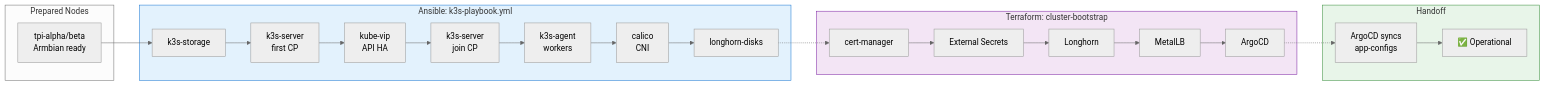
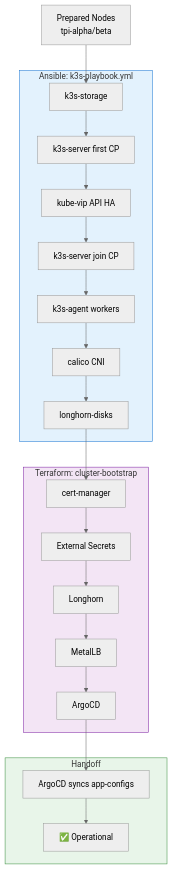
One commit to fzymgc-house/selfhosted-cluster changed the first of 3 diagrams in README.md. Above: the diagram before and after it, drawn with Mermaid (neutral theme).

Commit message:
docs: switch bootstrap diagram to top-down layout
TD layout renders larger and more readable than LR with nested subgraphs.

🤖 Generated with [Claude Code](https://claude.com/claude-code)

````diff
--- a/README.md
+++ b/README.md
@@ -24,35 +24,32 @@
 ```mermaid
-flowchart LR
-    subgraph Nodes["Prepared Nodes"]
-        N[tpi-alpha/beta<br/>Armbian ready]
+flowchart TD
+    N[Prepared Nodes<br/>tpi-alpha/beta] --> A1
+
+    subgraph Ansible["Ansible: k3s-playbook.yml"]
+        A1[k3s-storage] --> A2[k3s-server first CP]
+        A2 --> A3[kube-vip API HA]
+        A3 --> A4[k3s-server join CP]
+        A4 --> A5[k3s-agent workers]
+        A5 --> A6[calico CNI]
+        A6 --> A7[longhorn-disks]
     end
 
-    subgraph Ansible["Ansible: k3s-playbook.yml"]
-        A1[k3s-storage] --> A2[k3s-server<br/>first CP]
-        A2 --> A3[kube-vip<br/>API HA]
-        A3 --> A4[k3s-server<br/>join CP]
-        A4 --> A5[k3s-agent<br/>workers]
-        A5 --> A6[calico<br/>CNI]
-        A6 --> A7[longhorn-disks]
-    end
+    A7 --> T1
 
     subgraph Terraform["Terraform: cluster-bootstrap"]
         T1[cert-manager] --> T2[External Secrets]
         T2 --> T3[Longhorn]
         T3 --> T4[MetalLB]
         T4 --> T5[ArgoCD]
     end
 
+    T5 --> G1
+
     subgraph GitOps["Handoff"]
-        G1[ArgoCD syncs<br/>app-configs]
-        G2[✅ Operational]
+        G1[ArgoCD syncs app-configs] --> G2[✅ Operational]
     end
-
-    N --> A1
-    A7 -.-> T1
-    T5 -.-> G1 --> G2
 
     style Ansible fill:#e3f2fd,stroke:#1976d2
     style Terraform fill:#f3e5f5,stroke:#7b1fa2
     style GitOps fill:#e8f5e9,stroke:#388e3c
 ```
````
